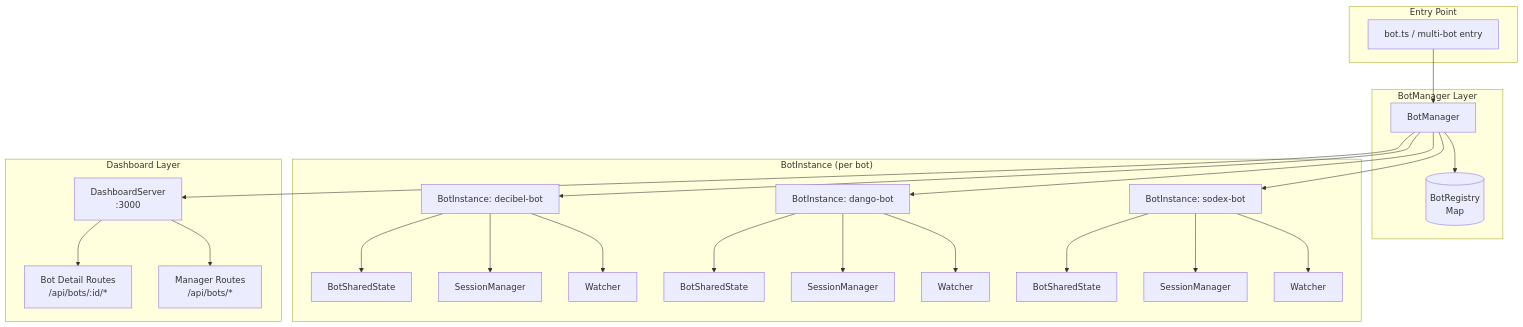
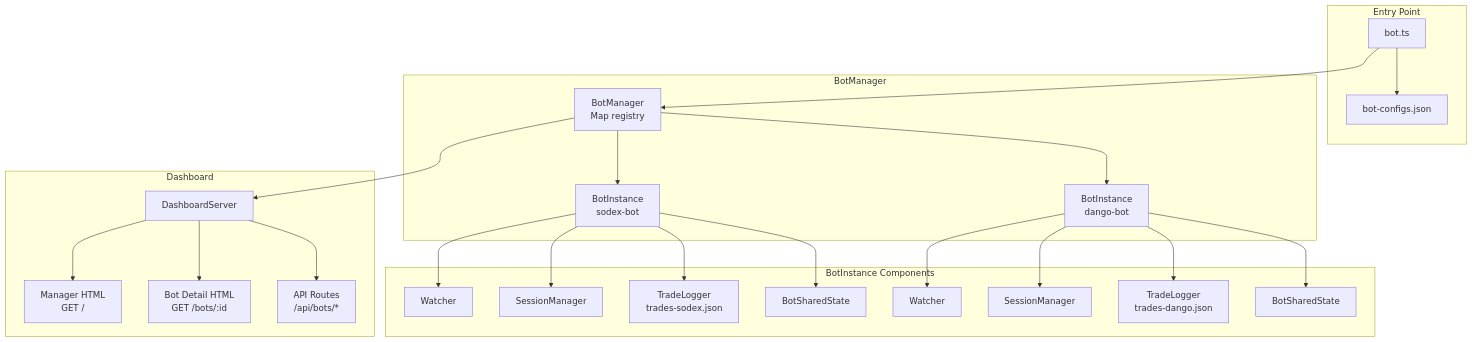
Before and after one commit to lthuangiang/apex: the first of 4 diagrams in .kiro/specs/multi-bot-manager/design.md, drawn with Mermaid. The commit also changed other lines of this file and 4 other files, not shown here.

````diff
--- a/.kiro/specs/multi-bot-manager/design.md
+++ b/.kiro/specs/multi-bot-manager/design.md
@@ -13,39 +22,36 @@
 ```mermaid
 graph TD
     subgraph "Entry Point"
-        BP[bot.ts / multi-bot entry]
+        BP[bot.ts]
+        BC[bot-configs.json]
     end
 
-    subgraph "BotManager Layer"
-        BM[BotManager]
-        BR[(BotRegistry\nMap<botId, BotInstance>)]
-        BM --> BR
+    subgraph "BotManager"
+        BM[BotManager<br/>Map registry]
+        BM --> BI1[BotInstance<br/>sodex-bot]
+        BM --> BI2[BotInstance<br/>dango-bot]
     end
 
-    subgraph "BotInstance (per bot)"
-        BI1[BotInstance: sodex-bot]
-        BI2[BotInstance: dango-bot]
-        BI3[BotInstance: decibel-bot]
+    subgraph "BotInstance Components"
         BI1 --> W1[Watcher]
+        BI1 --> SM1[SessionManager]
+        BI1 --> TL1[TradeLogger<br/>trades-sodex.json]
+        BI1 --> BS1[BotSharedState]
+        
         BI2 --> W2[Watcher]
-        BI3 --> W3[Watcher]
-        BI1 --> SM1[SessionManager]
         BI2 --> SM2[SessionManager]
-        BI3 --> SM3[SessionManager]
-        BI1 --> BS1[BotSharedState]
+        BI2 --> TL2[TradeLogger<br/>trades-dango.json]
         BI2 --> BS2[BotSharedState]
-        BI3 --> BS3[BotSharedState]
     end
 
-    subgraph "Dashboard Layer"
-        DS[DashboardServer\n:3000]
-        DS --> MR[Manager Routes\n/api/bots/*]
-        DS --> DR[Bot Detail Routes\n/api/bots/:id/*]
+    subgraph "Dashboard"
+        DS[DashboardServer]
+        DS --> MH[Manager HTML<br/>GET /]
+        DS --> BH[Bot Detail HTML<br/>GET /bots/:id]
+        DS --> API[API Routes<br/>/api/bots/*]
     end
 
+    BP --> BC
     BP --> BM
-    BM --> BI1
-    BM --> BI2
-    BM --> BI3
     BM --> DS
 ```
````
